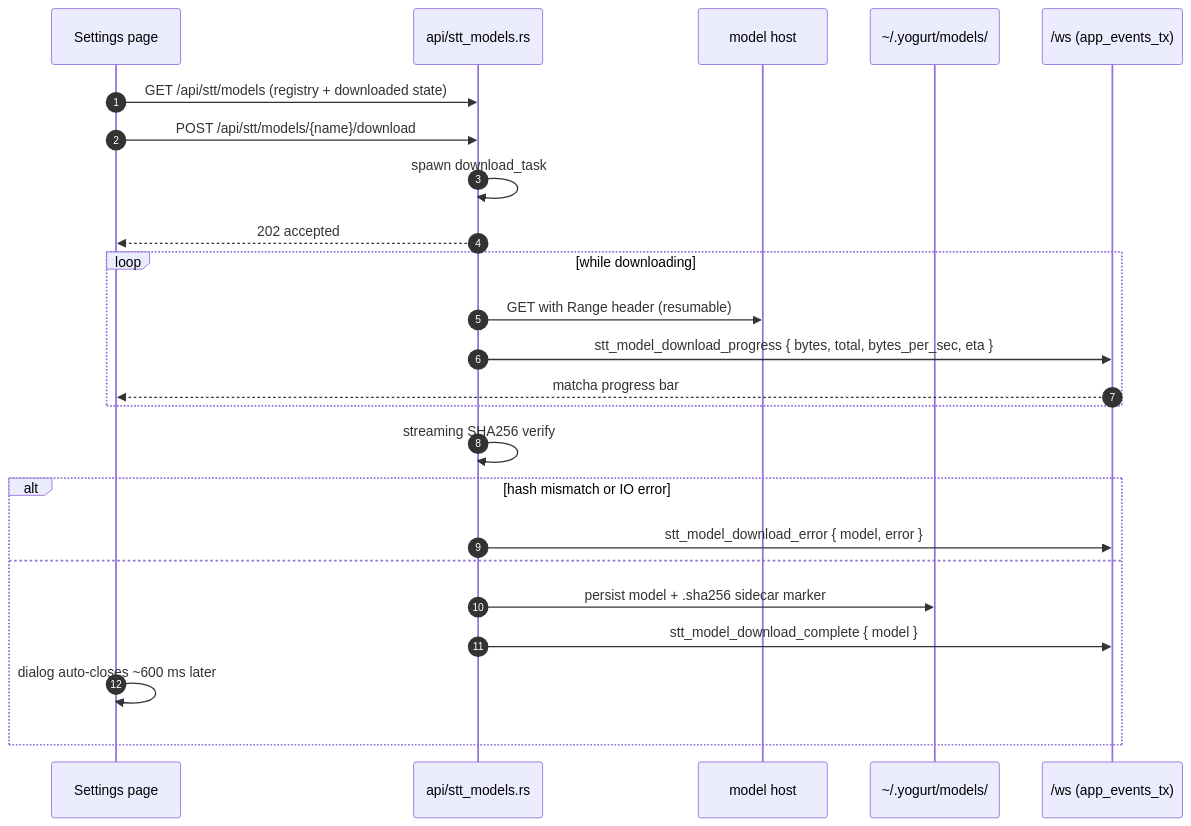
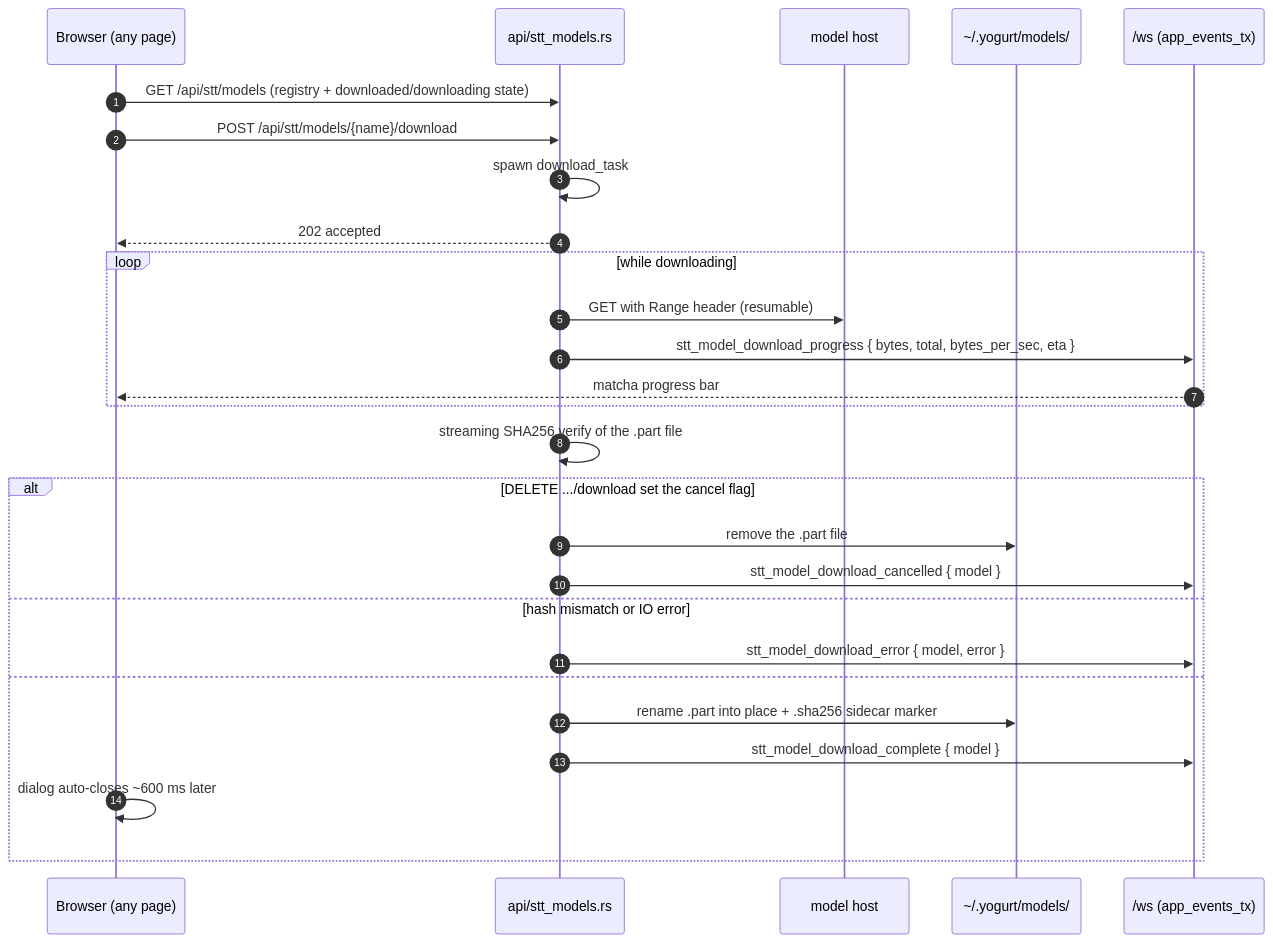
The seventh of 12 diagrams in docs/ARCHITECTURE.md (jarvisrchen/yogurt), drawn with Mermaid before and after one commit. The commit also changed 27 other files, not shown here.

First line of the commit message:
UI-22: Keep model downloads visible on every page and make Cancel stop them (#145)

````diff
--- a/docs/ARCHITECTURE.md
+++ b/docs/ARCHITECTURE.md
@@ -435,27 +435,30 @@
 ```mermaid
 sequenceDiagram
     autonumber
-    participant B as Settings page
+    participant B as Browser (any page)
     participant M as api/stt_models.rs
     participant HF as model host
     participant FS as ~/.yogurt/models/
     participant WS as /ws (app_events_tx)
 
-    B->>M: GET /api/stt/models  (registry + downloaded state)
+    B->>M: GET /api/stt/models  (registry + downloaded/downloading state)
     B->>M: POST /api/stt/models/{name}/download
     M->>M: spawn download_task
     M-->>B: 202 accepted
     loop while downloading
         M->>HF: GET with Range header (resumable)
         M->>WS: stt_model_download_progress { bytes, total, bytes_per_sec, eta }
         WS-->>B: matcha progress bar
     end
-    M->>M: streaming SHA256 verify
-    alt hash mismatch or IO error
+    M->>M: streaming SHA256 verify of the .part file
+    alt DELETE .../download set the cancel flag
+        M->>FS: remove the .part file
+        M->>WS: stt_model_download_cancelled { model }
+    else hash mismatch or IO error
         M->>WS: stt_model_download_error { model, error }
     else
-        M->>FS: persist model + .sha256 sidecar marker
+        M->>FS: rename .part into place + .sha256 sidecar marker
         M->>WS: stt_model_download_complete { model }
         B->>B: dialog auto-closes ~600 ms later
     end
 ```
````
